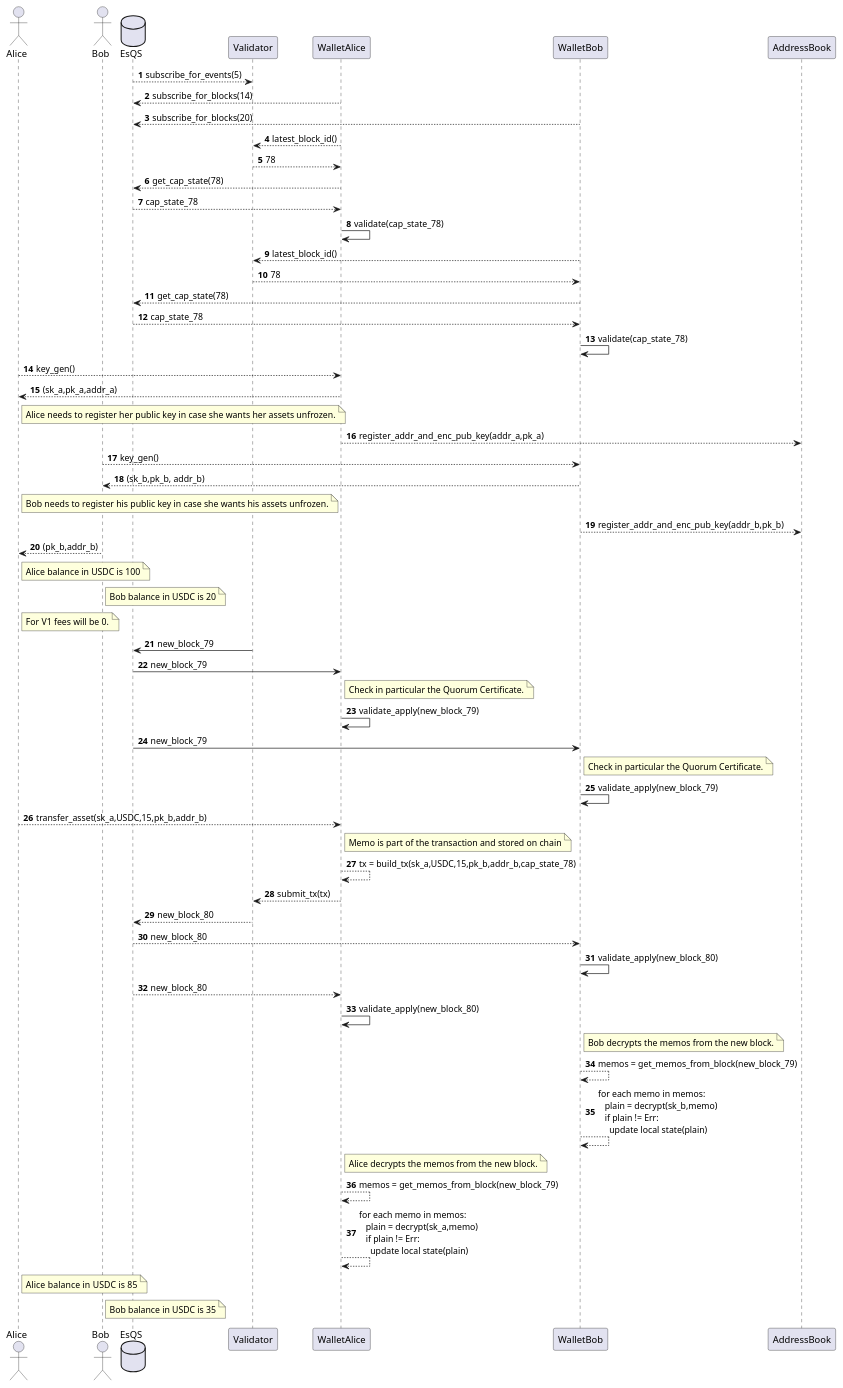
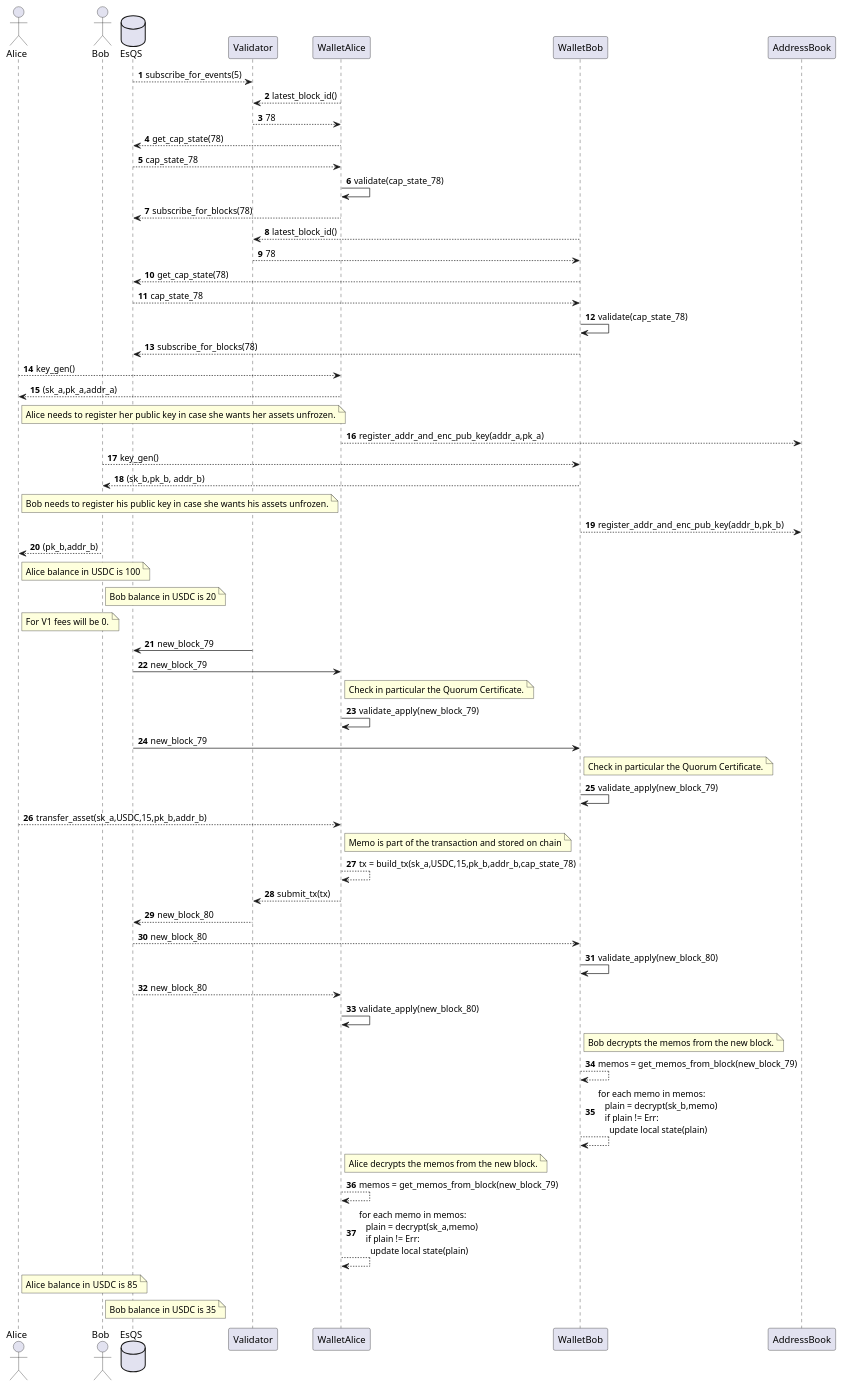
The diagram in doc/architecture/simple_transfer_seq_diagram.puml (EspressoSystems/espresso), drawn with PlantUML before and after one commit.

Commit message:
Wallets call `subscribe_for_blocks` after `get_latest_block_id`.

```diff
--- a/doc/architecture/simple_transfer_seq_diagram.puml
+++ b/doc/architecture/simple_transfer_seq_diagram.puml
@@ -1,111 +1,106 @@
 @startuml
 autonumber
 Actor Alice
 Actor Bob
 Database EsQS
 
 EsQS --> Validator: subscribe_for_events(5)
 
-WalletAlice --> EsQS: subscribe_for_blocks(14)
-WalletBob --> EsQS: subscribe_for_blocks(20)
-
 WalletAlice --> Validator: latest_block_id()
 Validator --> WalletAlice: 78
-
 WalletAlice --> EsQS: get_cap_state(78)
 EsQS --> WalletAlice: cap_state_78
+WalletAlice -> WalletAlice: validate(cap_state_78)
+WalletAlice --> EsQS: subscribe_for_blocks(78)
 
-
-WalletAlice -> WalletAlice: validate(cap_state_78)
 
 WalletBob --> Validator: latest_block_id()
 Validator --> WalletBob: 78
-
 WalletBob --> EsQS: get_cap_state(78)
 EsQS --> WalletBob: cap_state_78
 WalletBob -> WalletBob: validate(cap_state_78)
-
+WalletBob --> EsQS: subscribe_for_blocks(78)
 
 Alice --> WalletAlice: key_gen()
 WalletAlice --> Alice: (sk_a,pk_a,addr_a)
 
 note right Alice
 Alice needs to register her public key in case she wants her assets unfrozen.
 end note
 WalletAlice --> AddressBook: register_addr_and_enc_pub_key(addr_a,pk_a)
 
 Bob --> WalletBob: key_gen()
 WalletBob --> Bob: (sk_b,pk_b, addr_b)
 
 note right Alice
 Bob needs to register his public key in case she wants his assets unfrozen.
 end note
 WalletBob --> AddressBook: register_addr_and_enc_pub_key(addr_b,pk_b)
 
 Bob --> Alice: (pk_b,addr_b)
 
 note right Alice
 Alice balance in USDC is 100
 end note
 
 note right Bob
 Bob balance in USDC is 20
 end note
 
 note right Alice
 For V1 fees will be 0.
 end note
 
 Validator -> EsQS: new_block_79
 
 EsQS -> WalletAlice: new_block_79
 note right WalletAlice
 Check in particular the Quorum Certificate.
 end note
 WalletAlice -> WalletAlice: validate_apply(new_block_79)
 
 EsQS -> WalletBob: new_block_79
 note right WalletBob
 Check in particular the Quorum Certificate.
 end note
 WalletBob -> WalletBob: validate_apply(new_block_79)
 
 Alice --> WalletAlice: transfer_asset(sk_a,USDC,15,pk_b,addr_b)
 
 
 note right WalletAlice
 Memo is part of the transaction and stored on chain
 end note
 
 WalletAlice --> WalletAlice: tx = build_tx(sk_a,USDC,15,pk_b,addr_b,cap_state_78)
 
 WalletAlice --> Validator: submit_tx(tx)
 
 Validator --> EsQS :new_block_80
 EsQS --> WalletBob:new_block_80
 WalletBob -> WalletBob: validate_apply(new_block_80)
 EsQS --> WalletAlice:new_block_80
 WalletAlice -> WalletAlice: validate_apply(new_block_80)
 
 note right WalletBob
 Bob decrypts the memos from the new block.
 end note
 WalletBob --> WalletBob: memos = get_memos_from_block(new_block_79)
 WalletBob --> WalletBob: for each memo in memos: \n   plain = decrypt(sk_b,memo) \n   if plain != Err: \n     update local state(plain)
 
 note right WalletAlice
 Alice decrypts the memos from the new block.
 end note
 WalletAlice --> WalletAlice: memos = get_memos_from_block(new_block_79)
 WalletAlice --> WalletAlice: for each memo in memos: \n   plain = decrypt(sk_a,memo) \n   if plain != Err: \n     update local state(plain)
 
 note right Alice
 Alice balance in USDC is  85
 end note
 
 note right Bob
 Bob balance in USDC is 35
 end note
 
 
 @enduml
```
